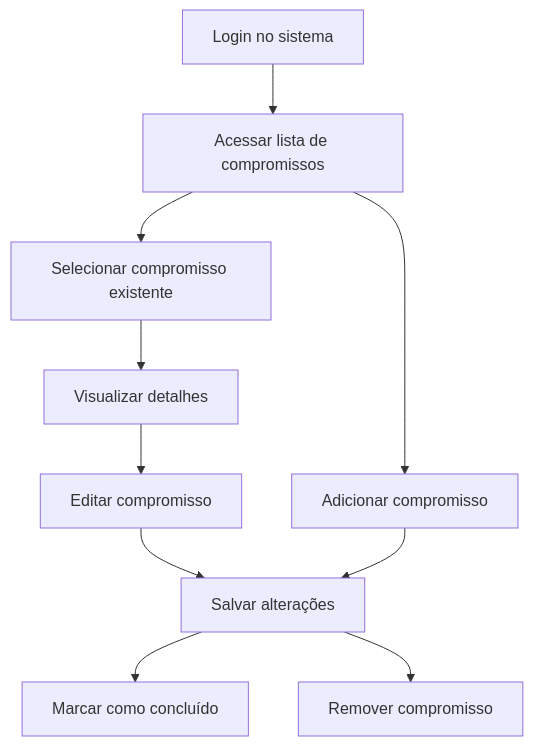
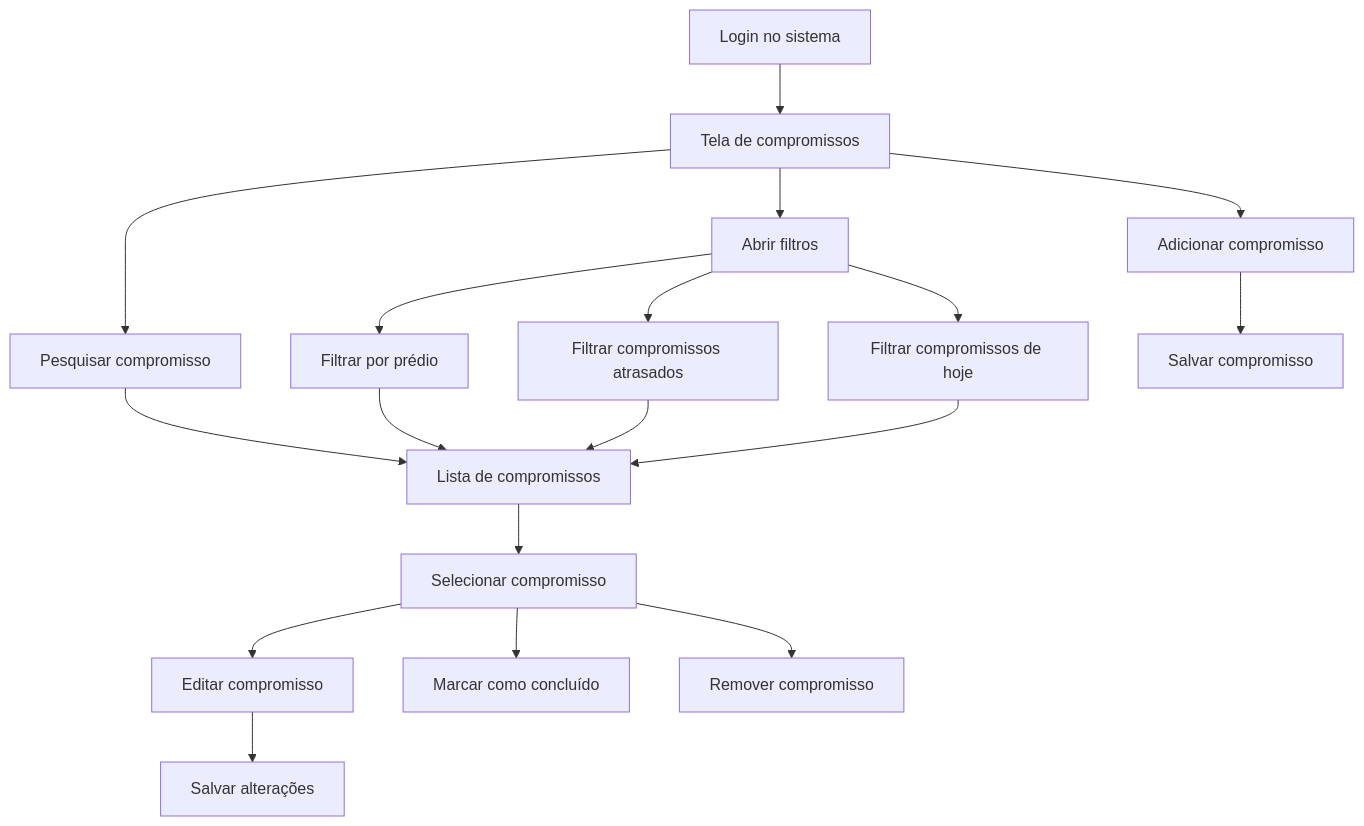
One commit to pdrollucas/euSindico changed the eighth of 15 diagrams in documentation/RFC/RFC.md. Above: the diagram before and after it, drawn with Mermaid. The commit also changed other lines of this file, not shown here.

First line of the commit message:
Docs: Update project version and enhance flow diagrams

````diff
--- a/documentation/RFC/RFC.md
+++ b/documentation/RFC/RFC.md
@@ -453,17 +458,31 @@
 ```mermaid
 flowchart TD
 
-A[Login no sistema] --> B[Acessar lista de compromissos]
+A[Login no sistema] --> B[Tela de compromissos]
 
-B --> C[Adicionar compromisso]
-B --> D[Selecionar compromisso existente]
+B --> C[Pesquisar compromisso]
 
-D --> E[Visualizar detalhes]
-E --> F[Editar compromisso]
+B --> D[Abrir filtros]
 
-F --> G[Salvar alterações]
-C --> G
+D --> E[Filtrar por prédio]
+D --> F[Filtrar compromissos atrasados]
+D --> G[Filtrar compromissos de hoje]
 
-G --> H[Marcar como concluído]
-G --> I[Remover compromisso]
+C --> H[Lista de compromissos]
+E --> H
+F --> H
+G --> H
+
+H --> I[Selecionar compromisso]
+
+B --> J[Adicionar compromisso]
+
+J --> K[Salvar compromisso]
+
+I --> L[Editar compromisso]
+L --> M[Salvar alterações]
+
+I --> N[Marcar como concluído]
+
+I --> O[Remover compromisso]
 ```
````
